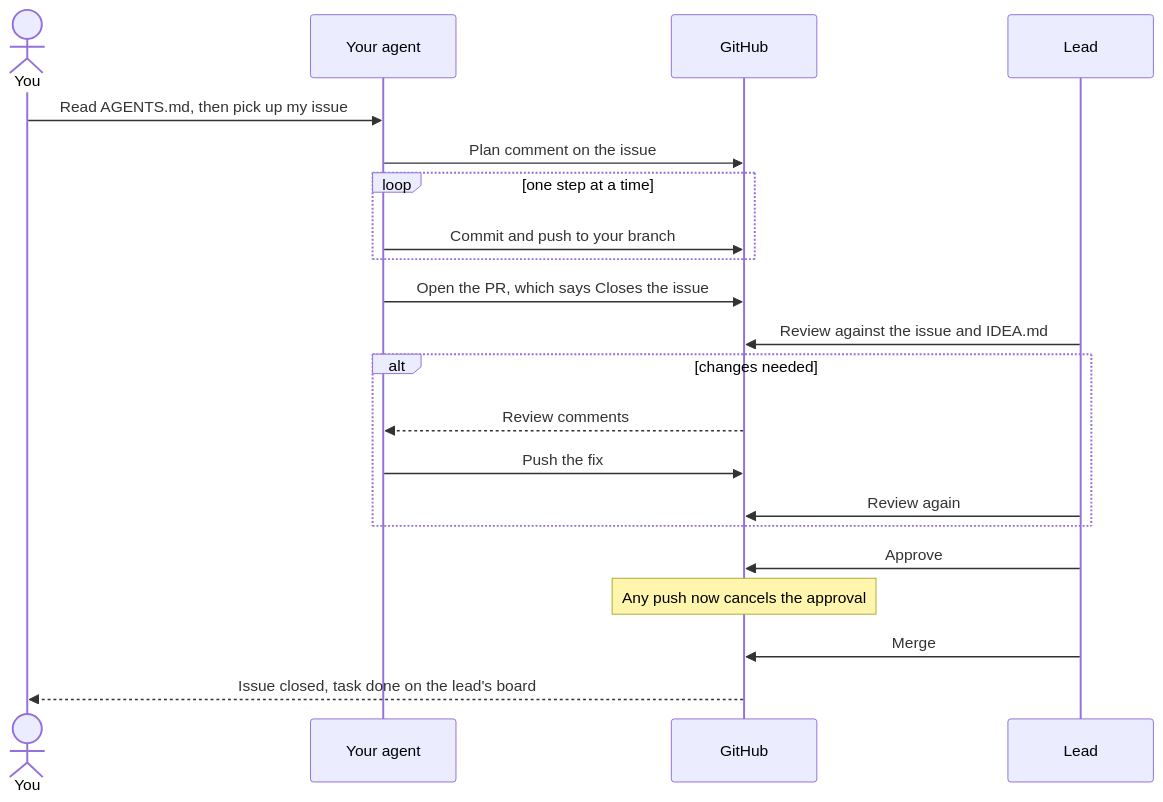
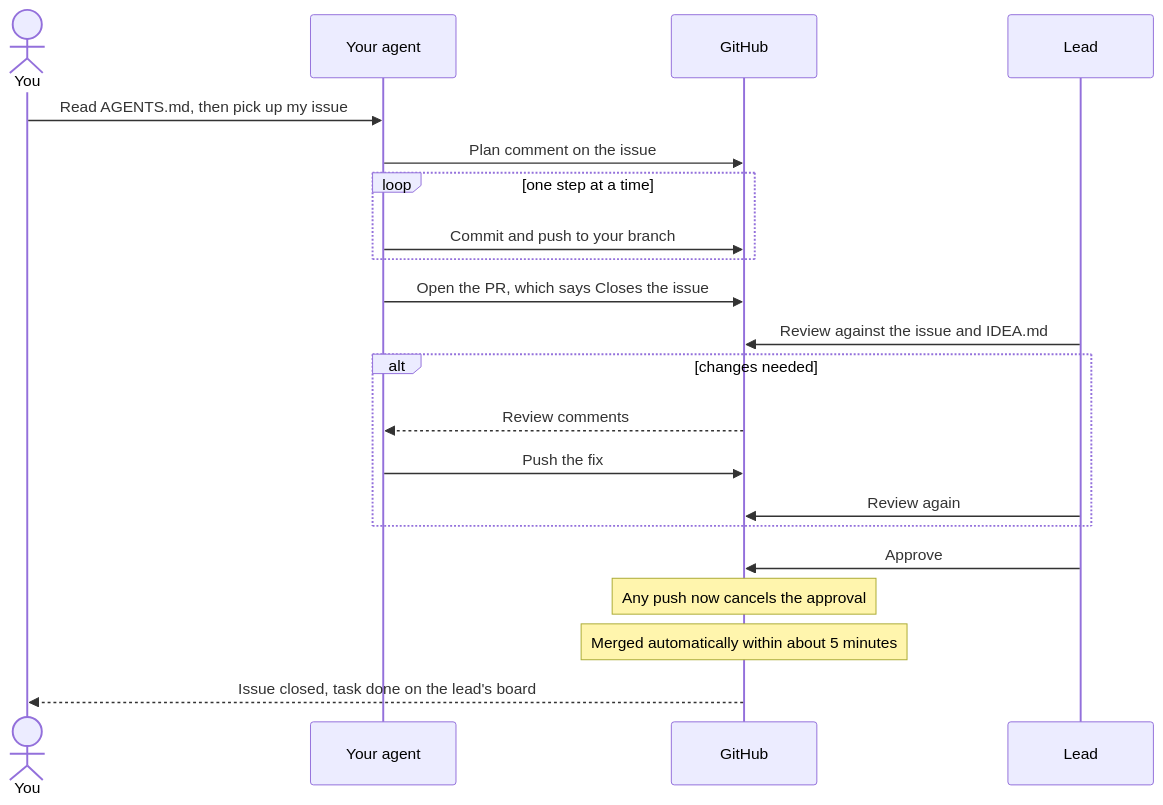
Before and after one commit to atiladeokegab/hackathon_teamwork: the fifth of 5 diagrams in README.md, drawn with Mermaid. The commit also changed other lines of this file, not shown here.

Commit message:
docs(readme): approved PRs merge automatically; what a failed smoke does

````diff
--- a/README.md
+++ b/README.md
@@ -135,23 +135,23 @@
 ```mermaid
 sequenceDiagram
     actor You
     participant Agent as Your agent
     participant GH as GitHub
     participant Lead
     You->>Agent: Read AGENTS.md, then pick up my issue
     Agent->>GH: Plan comment on the issue
     loop one step at a time
         Agent->>GH: Commit and push to your branch
     end
     Agent->>GH: Open the PR, which says Closes the issue
     Lead->>GH: Review against the issue and IDEA.md
     alt changes needed
         GH-->>Agent: Review comments
         Agent->>GH: Push the fix
         Lead->>GH: Review again
     end
     Lead->>GH: Approve
     Note over GH: Any push now cancels the approval
-    Lead->>GH: Merge
+    Note over GH: Merged automatically within about 5 minutes
     GH-->>You: Issue closed, task done on the lead's board
 ```
````
